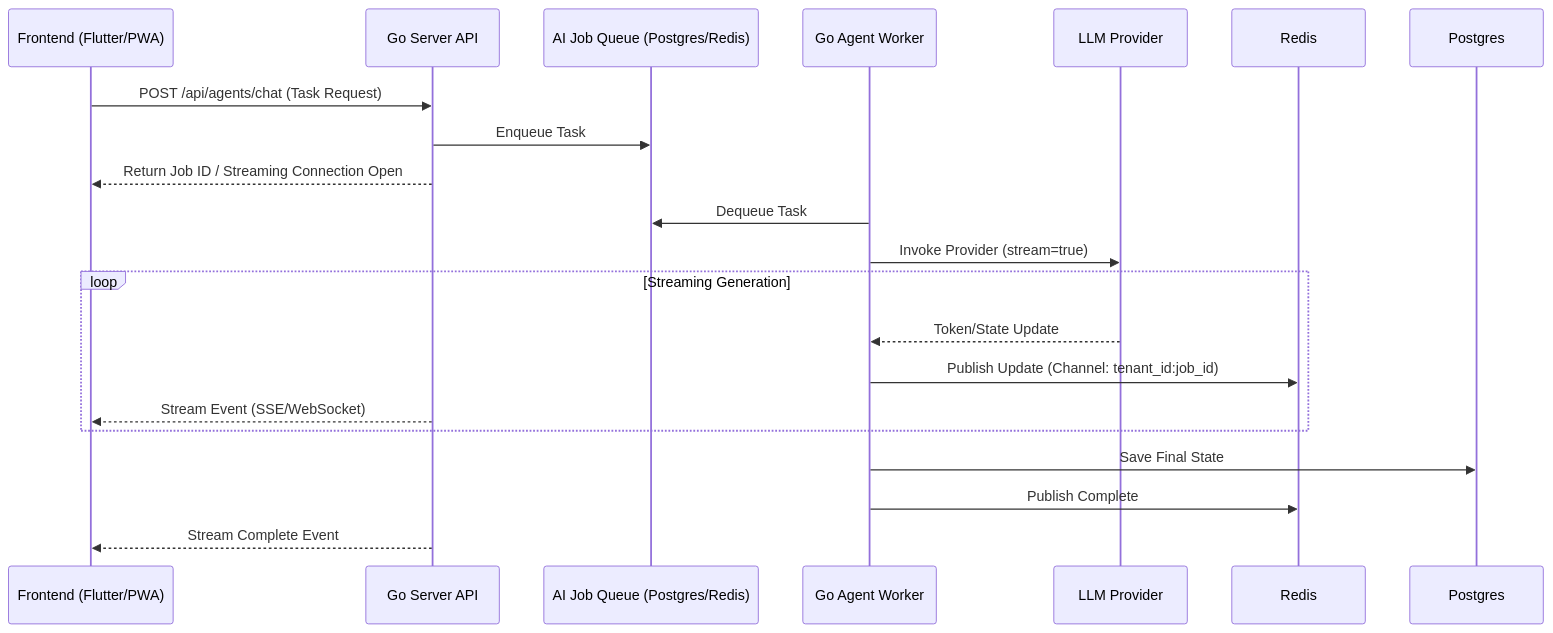
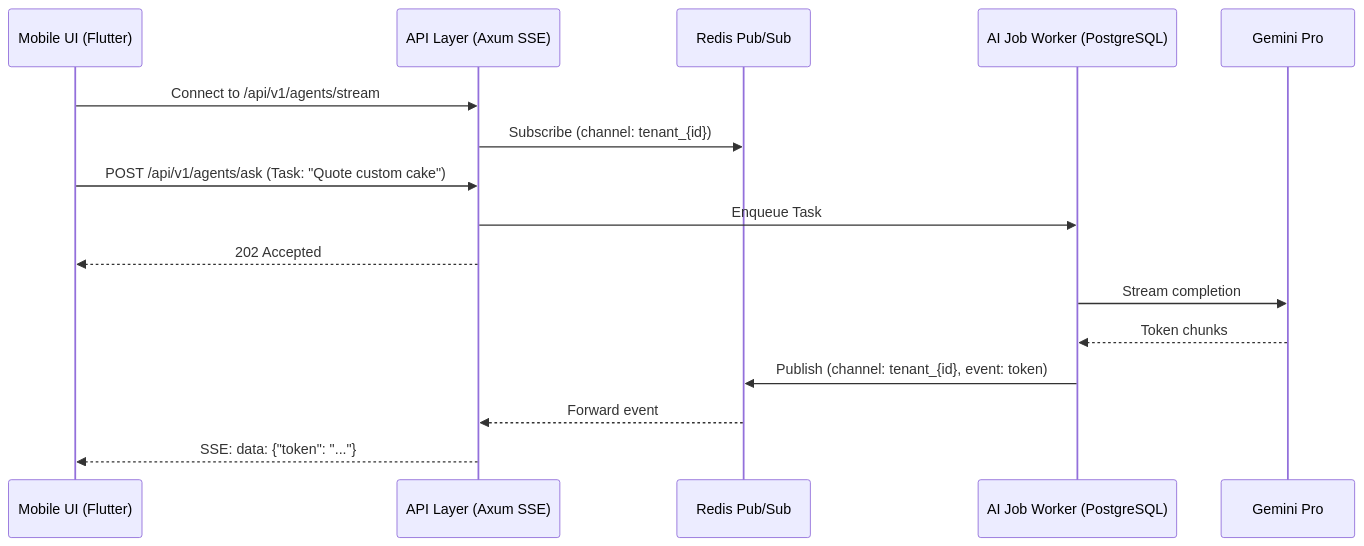
The diagram in .agent-task/report/task_output.md (omnisolo-llc/onehumancorp), drawn with Mermaid before and after one commit. The commit also changed other lines of this file, not shown here.

Commit message:
docs: add real-time AI agent message streaming research report

````diff
--- a/.agent-task/report/task_output.md
+++ b/.agent-task/report/task_output.md
@@ -20,24 +16,19 @@
   ```mermaid
   sequenceDiagram
-      participant Owner_UI as Frontend (Flutter/PWA)
-      participant API as Go Server API
-      participant AI_Job_Queue as AI Job Queue (Postgres/Redis)
-      participant Agent_Worker as Go Agent Worker
-      participant LLM as LLM Provider
+      participant Owner as Mobile UI (Flutter)
+      participant Axum as API Layer (Axum SSE)
+      participant Redis as Redis Pub/Sub
+      participant Queue as AI Job Worker (PostgreSQL)
+      participant LLM as Gemini Pro
 
-      Owner_UI->>API: POST /api/agents/chat (Task Request)
-      API->>AI_Job_Queue: Enqueue Task
-      API-->>Owner_UI: Return Job ID / Streaming Connection Open
-      Agent_Worker->>AI_Job_Queue: Dequeue Task
-      Agent_Worker->>LLM: Invoke Provider (stream=true)
-
-      loop Streaming Generation
-          LLM-->>Agent_Worker: Token/State Update
-          Agent_Worker->>Redis: Publish Update (Channel: tenant_id:job_id)
-          API-->>Owner_UI: Stream Event (SSE/WebSocket)
-      end
-
-      Agent_Worker->>Postgres: Save Final State
-      Agent_Worker->>Redis: Publish Complete
-      API-->>Owner_UI: Stream Complete Event
+      Owner->>Axum: Connect to /api/v1/agents/stream
+      Axum->>Redis: Subscribe (channel: tenant_{id})
+      Owner->>Axum: POST /api/v1/agents/ask (Task: "Quote custom cake")
+      Axum->>Queue: Enqueue Task
+      Axum-->>Owner: 202 Accepted
+      Queue->>LLM: Stream completion
+      LLM-->>Queue: Token chunks
+      Queue->>Redis: Publish (channel: tenant_{id}, event: token)
+      Redis-->>Axum: Forward event
+      Axum-->>Owner: SSE: data: {"token": "..."}
   ```
````
